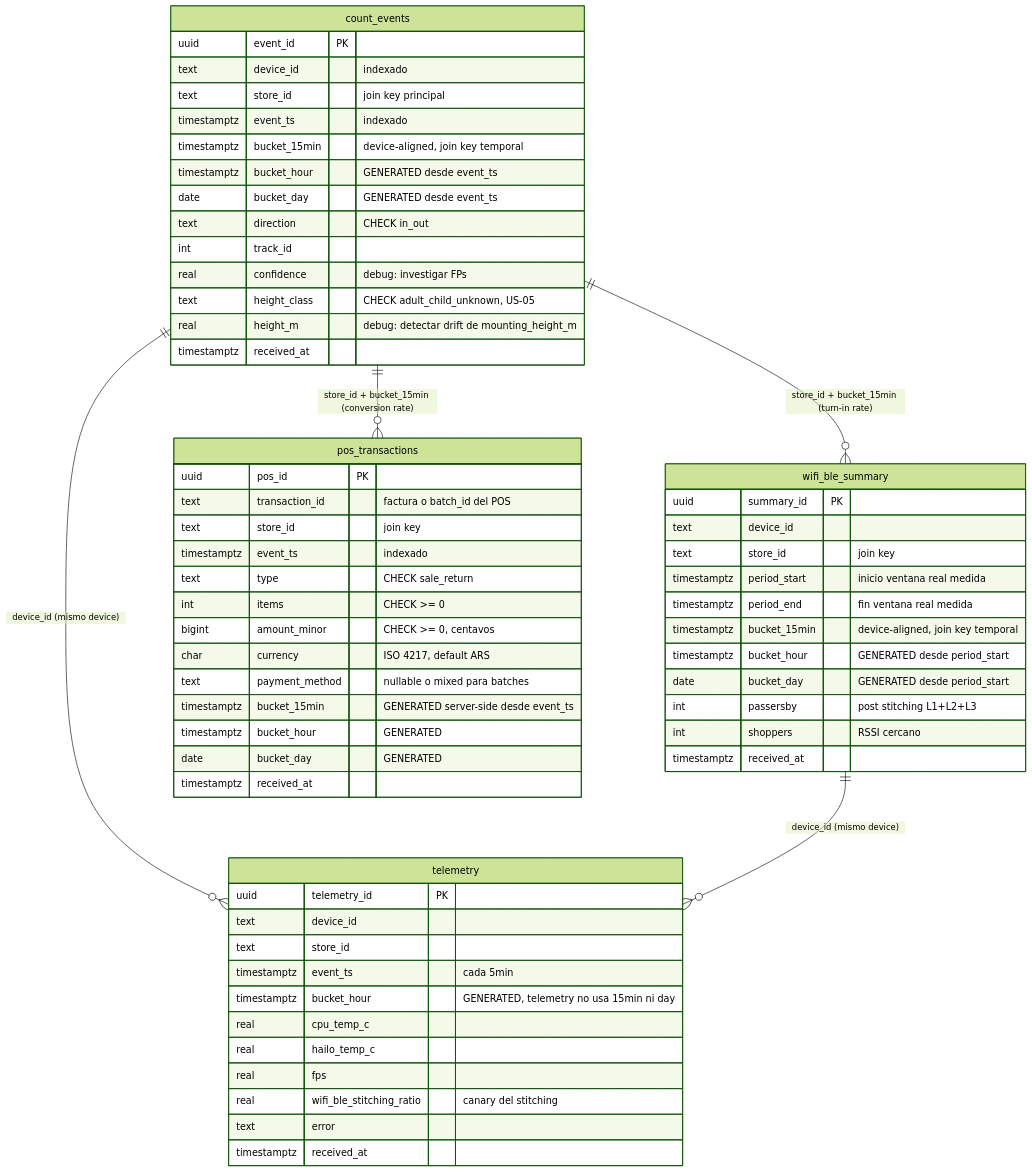
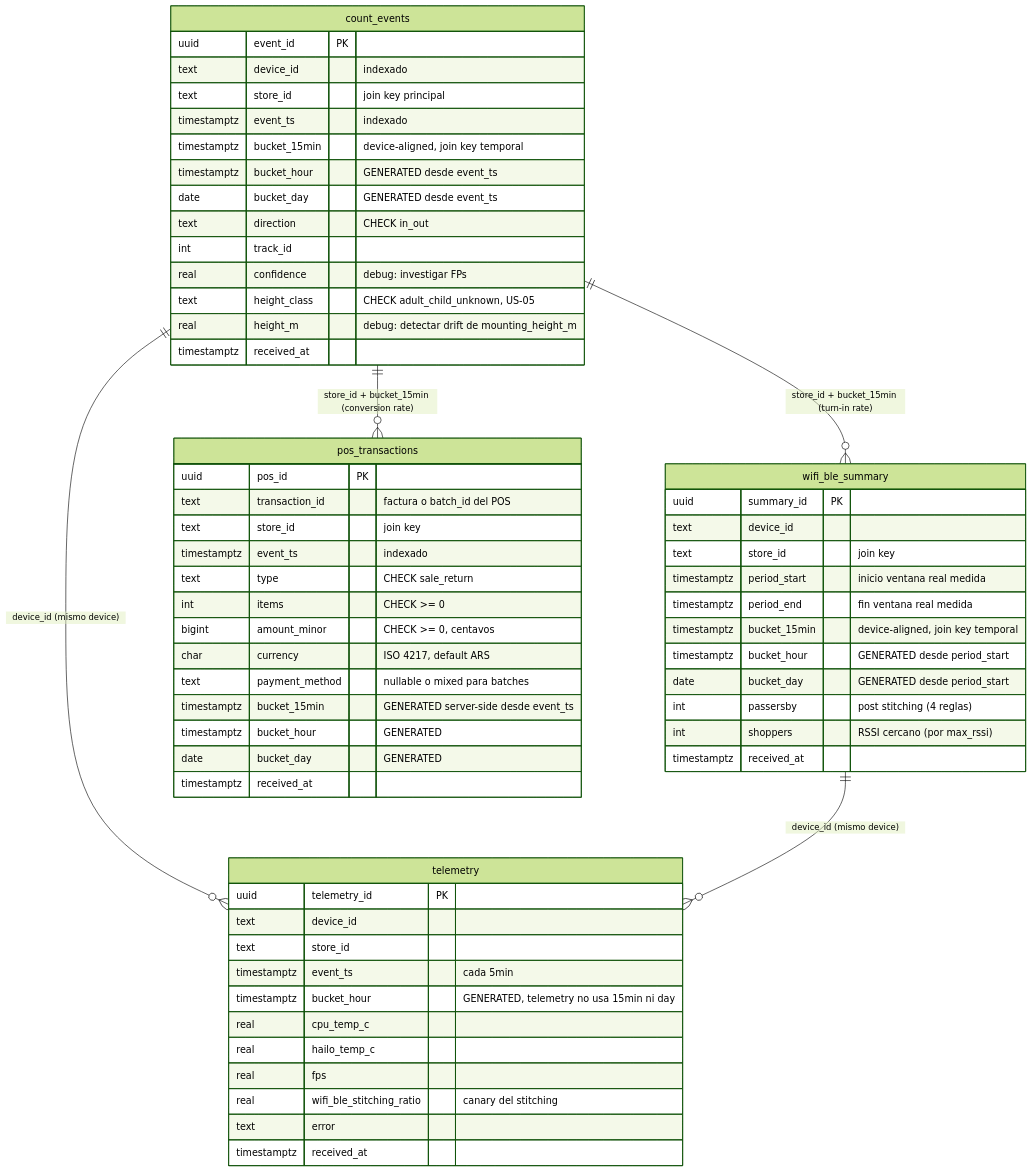
Before and after one commit to maurogasparri/people-counter: the first of 2 diagrams in docs/database-schema.md, drawn with Mermaid (forest theme). The commit also changed other lines of this file and 14 other files, not shown here.

````diff
--- a/docs/database-schema.md
+++ b/docs/database-schema.md
@@ -22,67 +22,67 @@
 ```mermaid
 erDiagram
     count_events {
         uuid        event_id        PK
         text        device_id       "indexado"
         text        store_id        "join key principal"
         timestamptz event_ts        "indexado"
         timestamptz bucket_15min    "device-aligned, join key temporal"
         timestamptz bucket_hour     "GENERATED desde event_ts"
         date        bucket_day      "GENERATED desde event_ts"
         text        direction       "CHECK in_out"
         int         track_id
         real        confidence      "debug: investigar FPs"
         text        height_class    "CHECK adult_child_unknown, US-05"
         real        height_m        "debug: detectar drift de mounting_height_m"
         timestamptz received_at
     }
 
     wifi_ble_summary {
         uuid        summary_id      PK
         text        device_id
         text        store_id        "join key"
         timestamptz period_start    "inicio ventana real medida"
         timestamptz period_end      "fin ventana real medida"
         timestamptz bucket_15min    "device-aligned, join key temporal"
         timestamptz bucket_hour     "GENERATED desde period_start"
         date        bucket_day      "GENERATED desde period_start"
-        int         passersby       "post stitching L1+L2+L3"
-        int         shoppers        "RSSI cercano"
+        int         passersby       "post stitching (4 reglas)"
+        int         shoppers        "RSSI cercano (por max_rssi)"
         timestamptz received_at
     }
 
     telemetry {
         uuid        telemetry_id    PK
         text        device_id
         text        store_id
         timestamptz event_ts        "cada 5min"
         timestamptz bucket_hour     "GENERATED, telemetry no usa 15min ni day"
         real        cpu_temp_c
         real        hailo_temp_c
         real        fps
         real        wifi_ble_stitching_ratio "canary del stitching"
         text        error
         timestamptz received_at
     }
 
     pos_transactions {
         uuid        pos_id          PK
         text        transaction_id  "factura o batch_id del POS"
         text        store_id        "join key"
         timestamptz event_ts        "indexado"
         text        type            "CHECK sale_return"
         int         items           "CHECK >= 0"
         bigint      amount_minor    "CHECK >= 0, centavos"
         char        currency        "ISO 4217, default ARS"
         text        payment_method  "nullable o mixed para batches"
         timestamptz bucket_15min    "GENERATED server-side desde event_ts"
         timestamptz bucket_hour     "GENERATED"
         date        bucket_day      "GENERATED"
         timestamptz received_at
     }
 
     count_events     ||--o{ wifi_ble_summary  : "store_id + bucket_15min (turn-in rate)"
     count_events     ||--o{ pos_transactions  : "store_id + bucket_15min (conversion rate)"
     count_events     ||--o{ telemetry         : "device_id (mismo device)"
     wifi_ble_summary ||--o{ telemetry         : "device_id (mismo device)"
 ```
````
